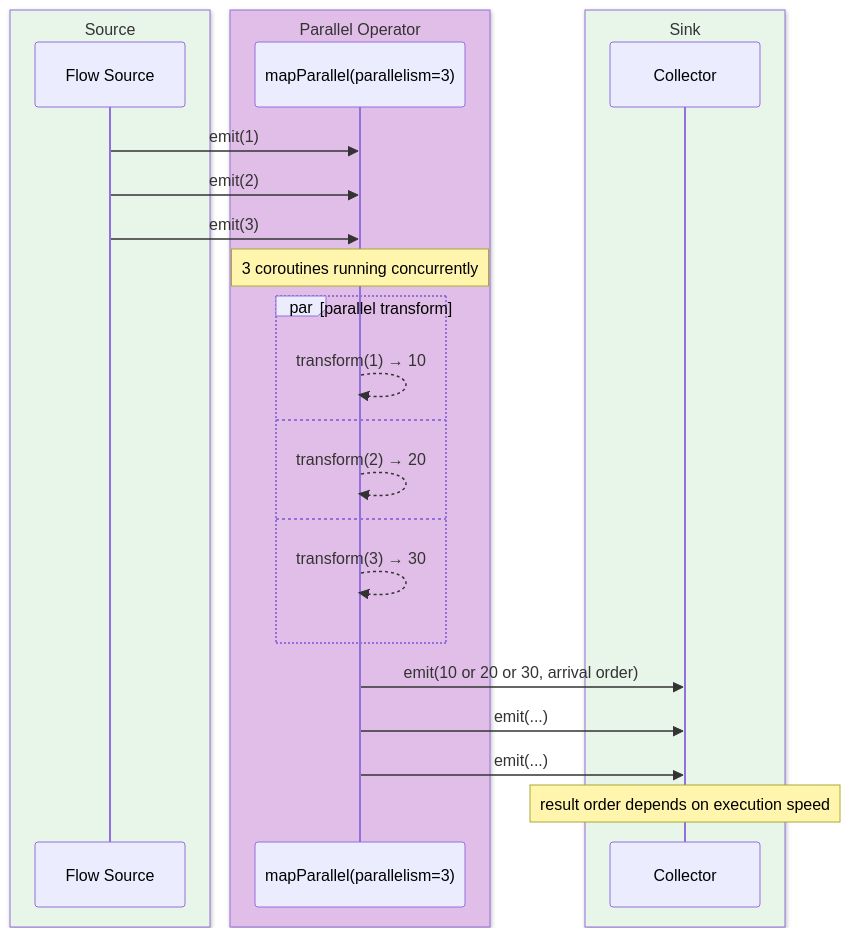
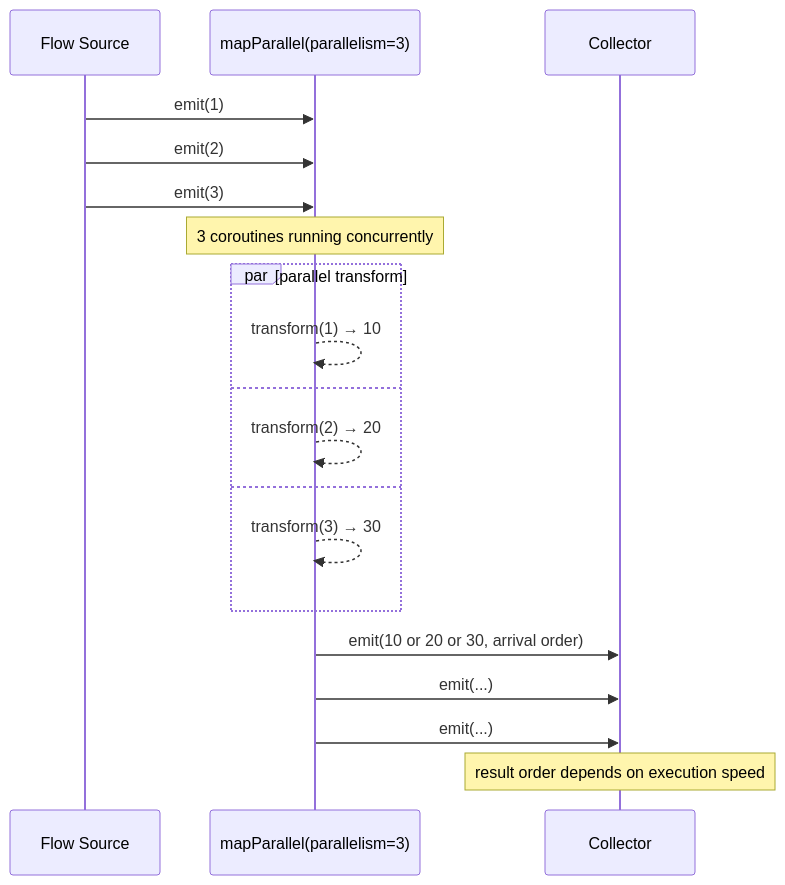
Before and after one commit to bluetape4k/bluetape4k-projects: the eighth of 16 diagrams in bluetape4k/coroutines/README.md, drawn with Mermaid. The commit also changed other lines of this file and 219 other files, not shown here.

First line of the commit message:
docs: 전체 README Mermaid 다이어그램 가이드 적용

````diff
--- a/bluetape4k/coroutines/README.md
+++ b/bluetape4k/coroutines/README.md
@@ -473,27 +451,21 @@
 ```mermaid
 sequenceDiagram
-    box rgb(232, 245, 233) Source
         participant S as Flow Source
-    end
-    box rgb(225, 190, 231) Parallel Operator
         participant MP as mapParallel(parallelism=3)
-    end
-    box rgb(232, 245, 233) Sink
         participant R as Collector
-    end
     S ->> MP: emit(1)
     S ->> MP: emit(2)
     S ->> MP: emit(3)
     Note over MP: 3 coroutines running concurrently
     par parallel transform
         MP -->> MP: transform(1) → 10
     and
         MP -->> MP: transform(2) → 20
     and
         MP -->> MP: transform(3) → 30
     end
     MP ->> R: emit(10 or 20 or 30, arrival order)
     MP ->> R: emit(...)
     MP ->> R: emit(...)
     Note over R: result order depends on execution speed
 ```
````
